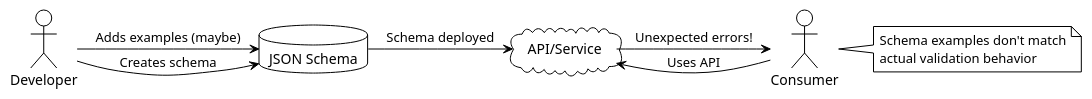
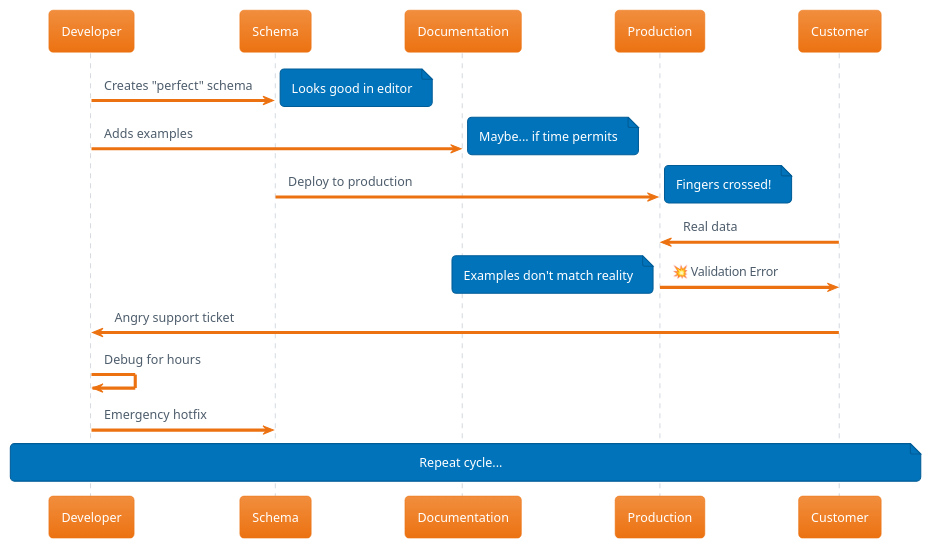
Before and after one commit to yaccob/teds: the first of 3 diagrams in docs/presentation/index.adoc, drawn with PlantUML. The commit also changed other lines of this file and 1 other file, not shown here.

First line of the commit message:
enhance: transform presentation with comprehensive real-world content

```diff
--- a/docs/presentation/index.adoc
+++ b/docs/presentation/index.adoc
@@ -81,23 +104,31 @@
-[plantuml, schema-problems, svg]
+[plantuml, traditional-workflow, svg]
 ....
 @startuml
-!theme plain
+!theme aws-orange
 
-actor Developer as dev
-actor Consumer as consumer
-database "JSON Schema" as schema
-cloud "API/Service" as api
+participant Developer as dev
+participant Schema as schema
+participant Documentation as docs
+participant Production as prod
+participant Customer as customer
 
-dev -> schema : Creates schema
-dev -> schema : Adds examples (maybe)
-schema -> api : Schema deployed
-consumer -> api : Uses API
-api -> consumer : Unexpected errors!
+dev -> schema : Creates "perfect" schema
+note right : Looks good in editor
 
-note right of consumer
-  Schema examples don't match
-  actual validation behavior
-end note
+dev -> docs : Adds examples
+note right : Maybe... if time permits
 
+schema -> prod : Deploy to production
+note right : Fingers crossed!
+
+customer -> prod : Real data
+prod -> customer : 💥 Validation Error
+note left : Examples don't match reality
+
+customer -> dev : Angry support ticket
+dev -> dev : Debug for hours
+dev -> schema : Emergency hotfix
+
+note over dev, customer : Repeat cycle...
 @enduml
 ....
```
